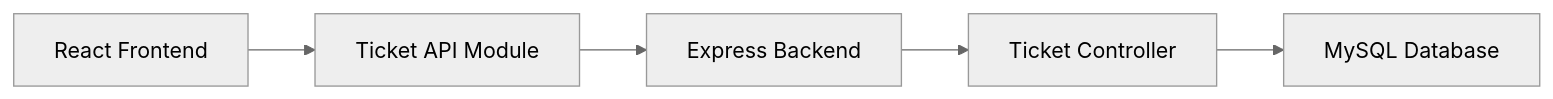
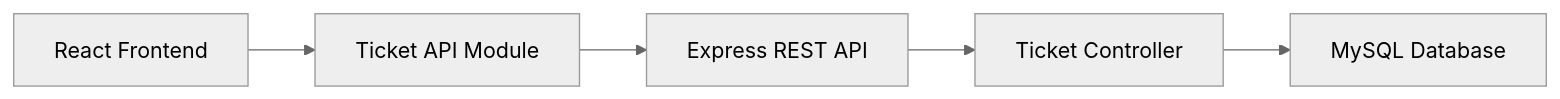
One commit to nazhatwaj72-ux/it-service-desk changed the diagram in README.md. Above: the diagram before and after it, drawn with Mermaid (neutral theme). The commit also changed other lines of this file, not shown here.

````diff
--- a/README.md
+++ b/README.md
@@ -94,7 +95,7 @@
 ```mermaid
 flowchart LR
     A[React Frontend] --> B[Ticket API Module]
-    B --> C[Express Backend]
+    B --> C[Express REST API]
     C --> D[Ticket Controller]
     D --> E[MySQL Database]
 ```
````
